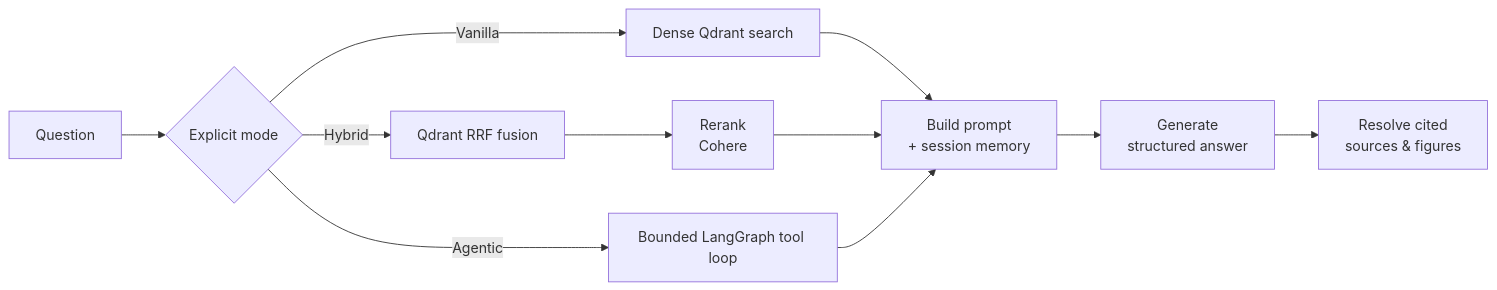
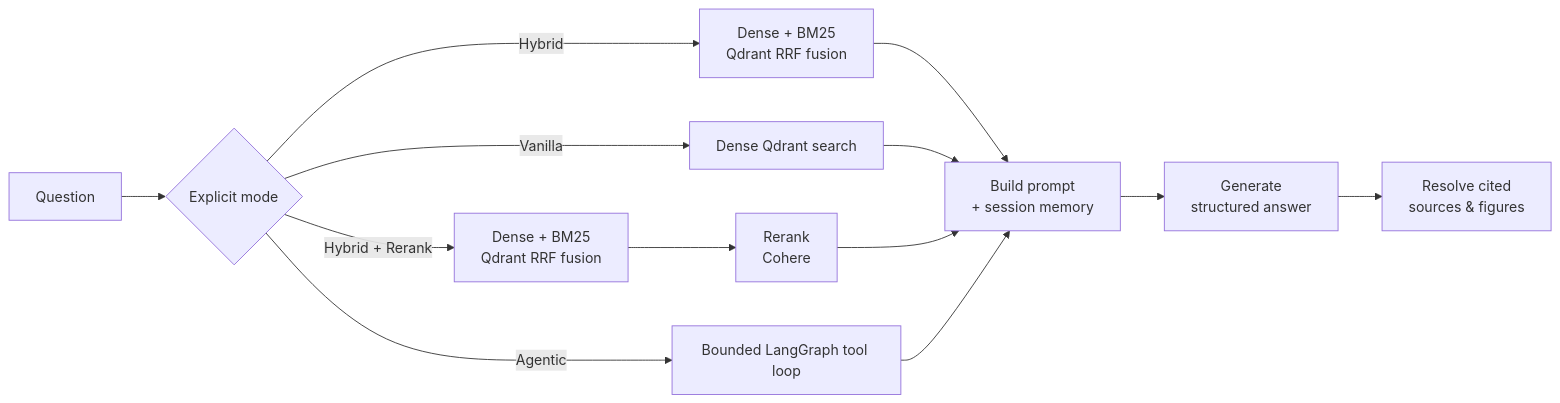
The diagram in docs/architecture/rag-pipeline.md (pdemeulenaer/rag-demo), drawn with Mermaid before and after one commit. The commit also changed other lines of this file and 46 other files, not shown here.

````diff
--- a/docs/architecture/rag-pipeline.md
+++ b/docs/architecture/rag-pipeline.md
@@ -35,13 +37,15 @@
 ```mermaid
 flowchart LR
     Q[Question] --> M{Explicit mode}
     M -->|Vanilla| D[Dense Qdrant search]
-    M -->|Hybrid| H[Qdrant RRF fusion]
+    M -->|Hybrid| H[Dense + BM25<br/>Qdrant RRF fusion]
+    M -->|Hybrid + Rerank| HR[Dense + BM25<br/>Qdrant RRF fusion]
     M -->|Agentic| A[Bounded LangGraph tool loop]
-    H --> R[Rerank<br/>Cohere]
+    HR --> R[Rerank<br/>Cohere]
+    H --> P
     D --> P[Build prompt<br/>+ session memory]
     R --> P
     A --> P
     P --> G[Generate<br/>structured answer]
     G --> S[Resolve cited<br/>sources & figures]
 ```
````
